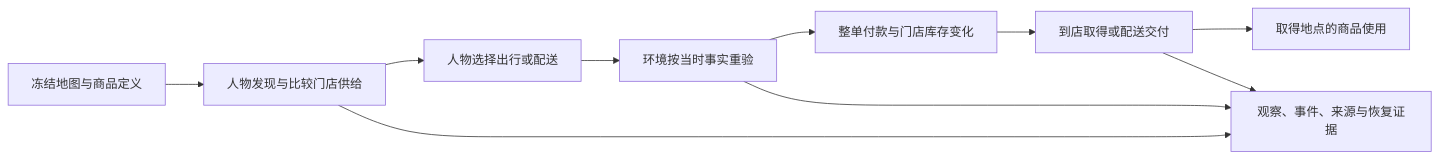
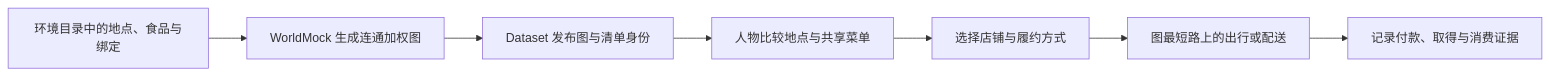
One commit to HoldThatThgt/WorldMock changed the diagram in docs/dev/SPEC-map-and-storefront.md. Above: the diagram before and after it, drawn with Mermaid. The commit also changed other lines of this file and 79 other files, not shown here.

Commit message:
feat(life): derive travel and location evidence from the published graph

````diff
--- a/docs/dev/SPEC-map-and-storefront.md
+++ b/docs/dev/SPEC-map-and-storefront.md
@@ -29,10 +29,9 @@
 ```mermaid
 flowchart LR
-    D[冻结地图与商品定义] --> Q[人物发现与比较门店供给]
-    Q --> T[人物选择出行或配送]
-    T --> V[环境按当时事实重验]
-    V --> P[整单付款与门店库存变化]
-    P --> F[到店取得或配送交付]
-    F --> U[取得地点的商品使用]
-    Q & V & F --> E[观察、事件、来源与恢复证据]
+    D[环境目录中的地点、食品与绑定] --> G[WorldMock 生成连通加权图]
+    G --> P[Dataset 发布图与清单身份]
+    P --> O[人物比较地点与共享菜单]
+    O --> A[选择店铺与履约方式]
+    A --> T[图最短路上的出行或配送]
+    T --> F[记录付款、取得与消费证据]
 ```
````
